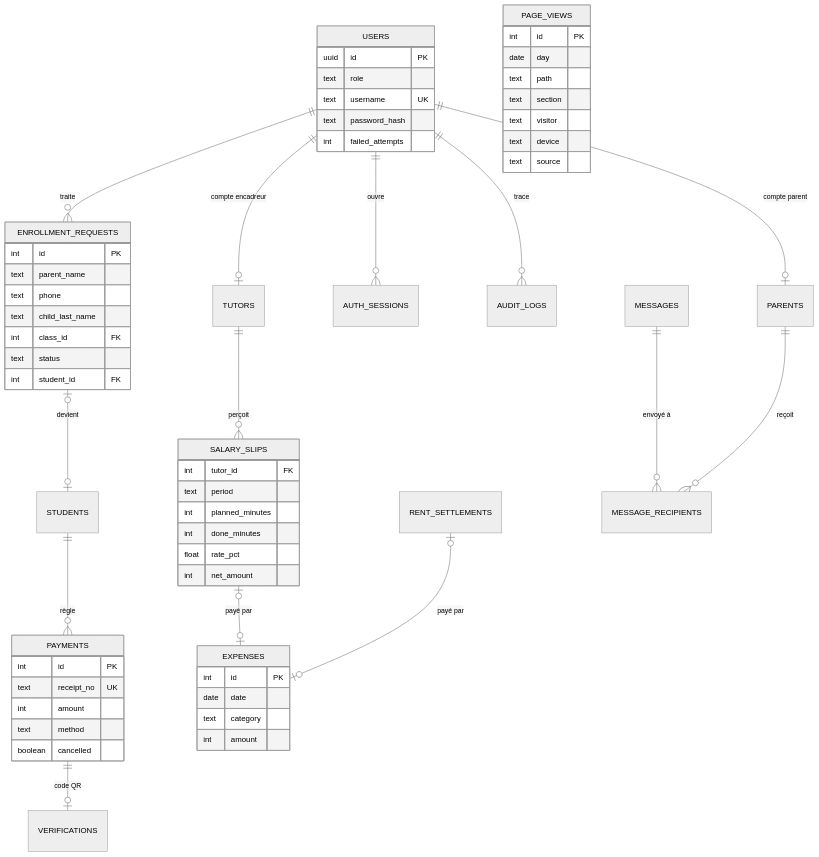
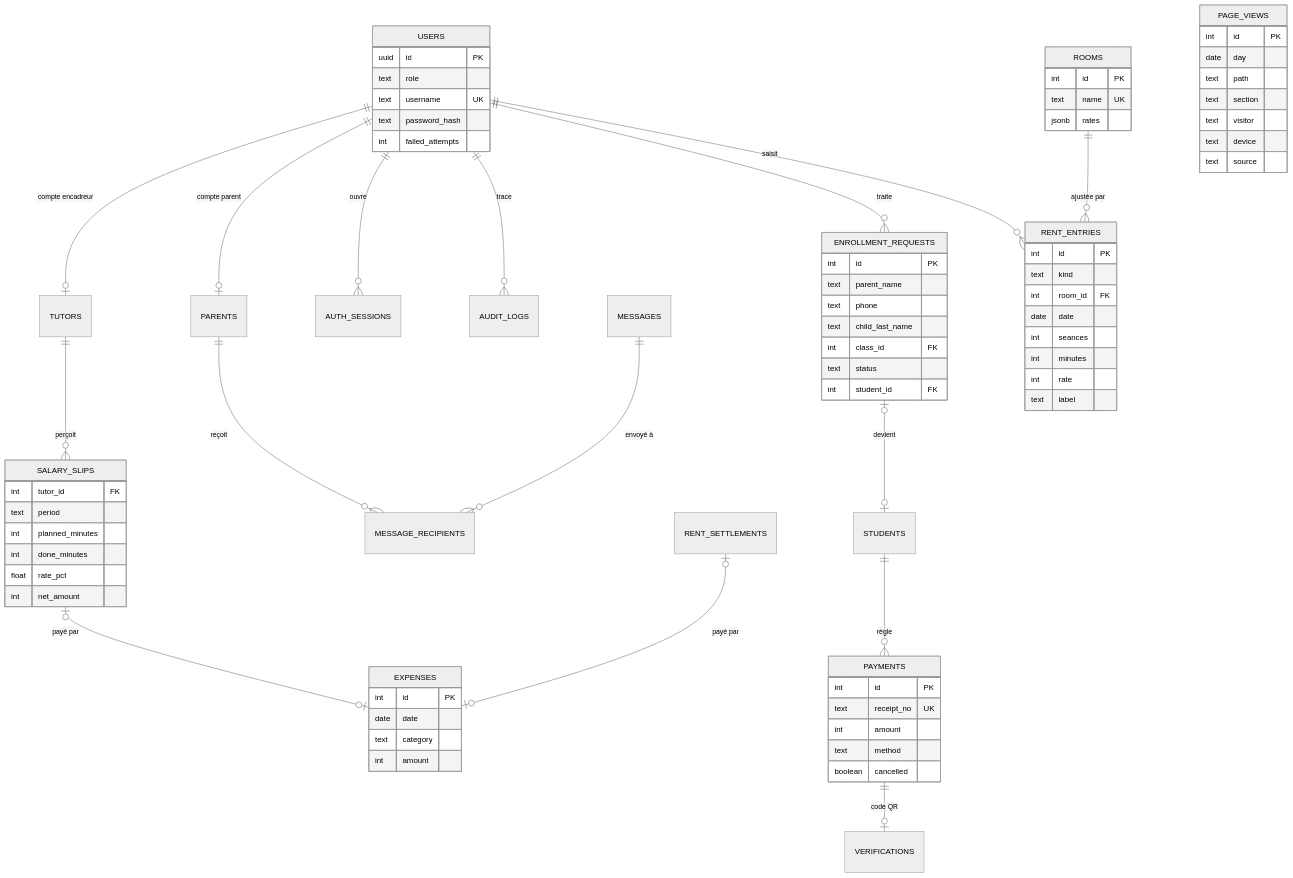
The diagram in docs/uml/04b_mcd_finances.mmd (ANDJE30/svtc-tutoring), drawn with Mermaid (neutral theme) before and after one commit. The commit also changed 72 other files, not shown here.

```diff
--- a/docs/uml/04b_mcd_finances.mmd
+++ b/docs/uml/04b_mcd_finances.mmd
@@ -1,60 +1,77 @@
 erDiagram
   USERS ||--o| TUTORS : "compte encadreur"
   USERS ||--o| PARENTS : "compte parent"
   USERS ||--o{ AUTH_SESSIONS : "ouvre"
   USERS ||--o{ AUDIT_LOGS : "trace"
   STUDENTS ||--o{ PAYMENTS : "règle"
   TUTORS ||--o{ SALARY_SLIPS : "perçoit"
   SALARY_SLIPS |o--o| EXPENSES : "payé par"
   RENT_SETTLEMENTS |o--o| EXPENSES : "payé par"
   MESSAGES ||--o{ MESSAGE_RECIPIENTS : "envoyé à"
   PARENTS ||--o{ MESSAGE_RECIPIENTS : "reçoit"
   PAYMENTS ||--o| VERIFICATIONS : "code QR"
   ENROLLMENT_REQUESTS |o--o| STUDENTS : "devient"
   USERS ||--o{ ENROLLMENT_REQUESTS : "traite"
+  ROOMS ||--o{ RENT_ENTRIES : "ajustée par"
+  USERS ||--o{ RENT_ENTRIES : "saisit"
   PAYMENTS {
     int id PK
     text receipt_no UK
     int amount
     text method
     boolean cancelled
   }
   SALARY_SLIPS {
     int tutor_id FK
     text period
     int planned_minutes
     int done_minutes
     float rate_pct
     int net_amount
   }
   EXPENSES {
     int id PK
     date date
     text category
     int amount
   }
   USERS {
     uuid id PK
     text role
     text username UK
     text password_hash
     int failed_attempts
   }
   ENROLLMENT_REQUESTS {
     int id PK
     text parent_name
     text phone
     text child_last_name
     int class_id FK
     text status
     int student_id FK
   }
   PAGE_VIEWS {
     int id PK
     date day
     text path
     text section
     text visitor
     text device
     text source
   }
+  RENT_ENTRIES {
+    int id PK
+    text kind
+    int room_id FK
+    date date
+    int seances
+    int minutes
+    int rate
+    text label
+  }
+  ROOMS {
+    int id PK
+    text name UK
+    jsonb rates
+  }
```
